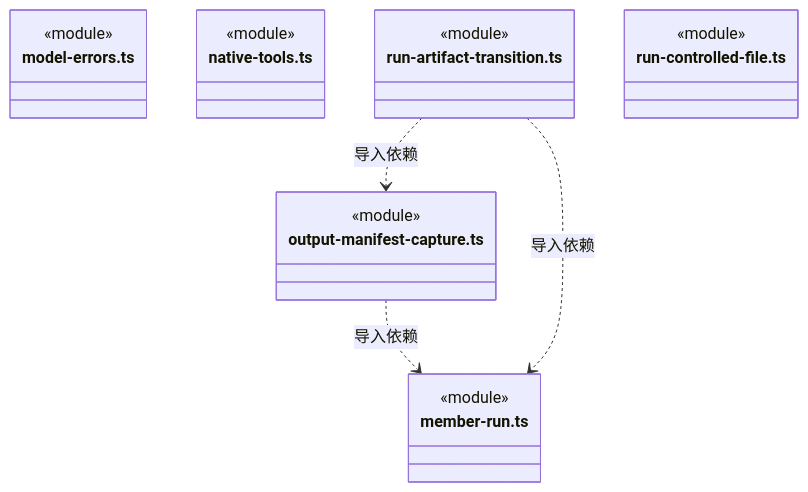
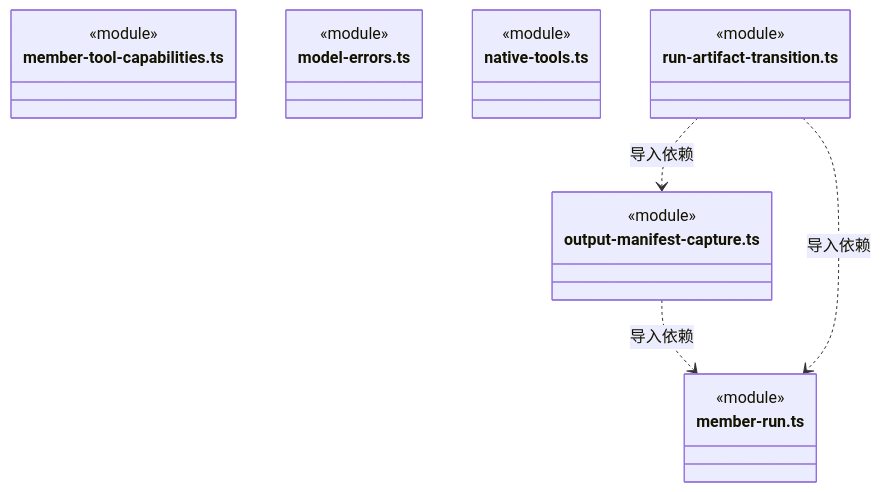
One commit to nan023062/cbim changed the third of 19 diagrams in src/backend/core/brain/ARCHITECTURE.md. Above: the diagram before and after it, drawn with Mermaid. The commit also changed other lines of this file and 356 other files, not shown here.

First line of the commit message:
chore: preserve architecture remediation before desktop 0.1.7 alignment

````diff
--- a/src/backend/core/brain/ARCHITECTURE.md
+++ b/src/backend/core/brain/ARCHITECTURE.md
@@ -85,24 +87,24 @@
 ```mermaid
 classDiagram
 class N_src_backend_core_brain_member_run_ts["member-run.ts"] {
+  <<module>>
+}
+class N_src_backend_core_brain_member_tool_capabilities_ts["member-tool-capabilities.ts"] {
   <<module>>
 }
 class N_src_backend_core_brain_model_errors_ts["model-errors.ts"] {
   <<module>>
 }
 class N_src_backend_core_brain_native_tools_ts["native-tools.ts"] {
   <<module>>
 }
 class N_src_backend_core_brain_output_manifest_capture_ts["output-manifest-capture.ts"] {
   <<module>>
 }
 class N_src_backend_core_brain_run_artifact_transition_ts["run-artifact-transition.ts"] {
   <<module>>
 }
-class N_src_backend_core_brain_run_controlled_file_ts["run-controlled-file.ts"] {
-  <<module>>
-}
 N_src_backend_core_brain_output_manifest_capture_ts ..> N_src_backend_core_brain_member_run_ts : 导入依赖
 N_src_backend_core_brain_run_artifact_transition_ts ..> N_src_backend_core_brain_output_manifest_capture_ts : 导入依赖
 N_src_backend_core_brain_run_artifact_transition_ts ..> N_src_backend_core_brain_member_run_ts : 导入依赖
 ```
````
